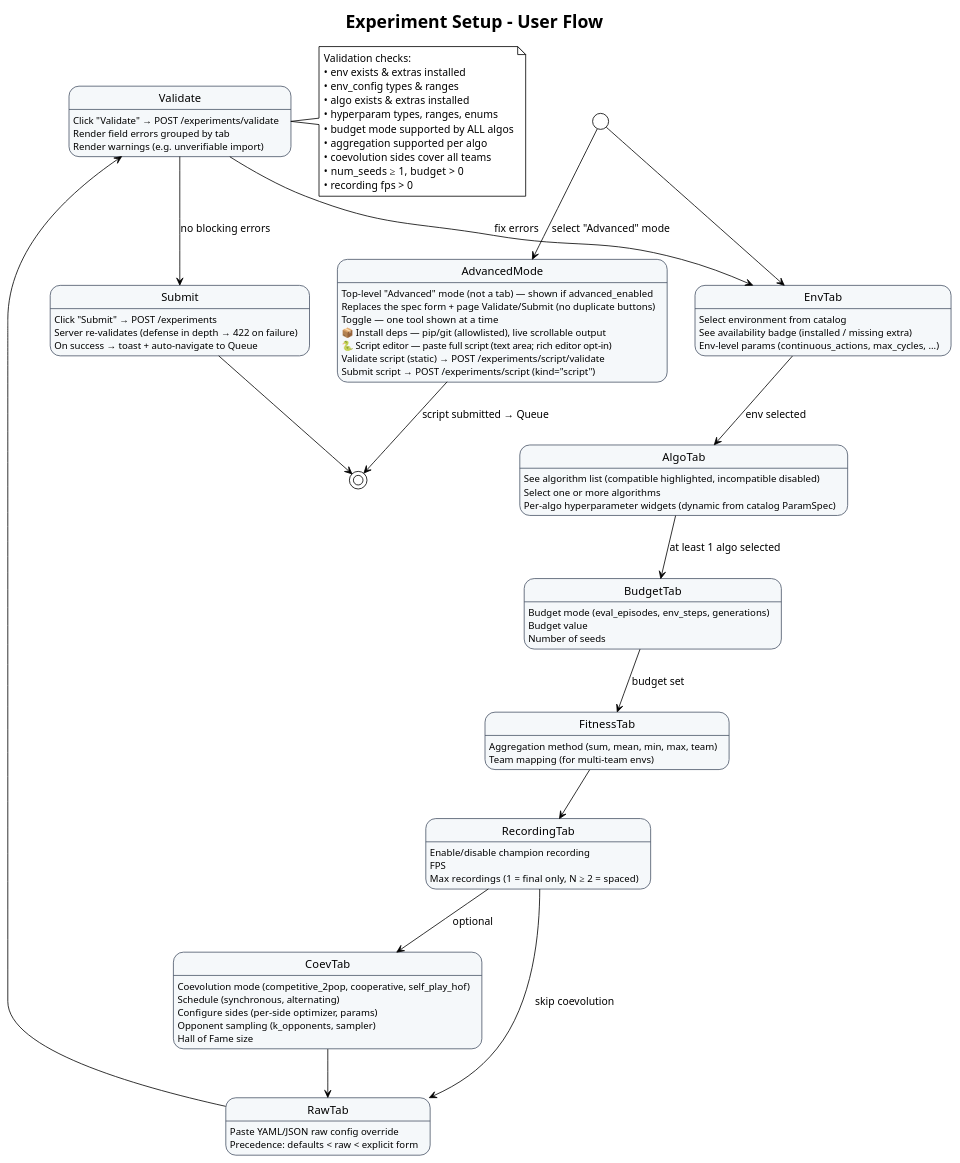
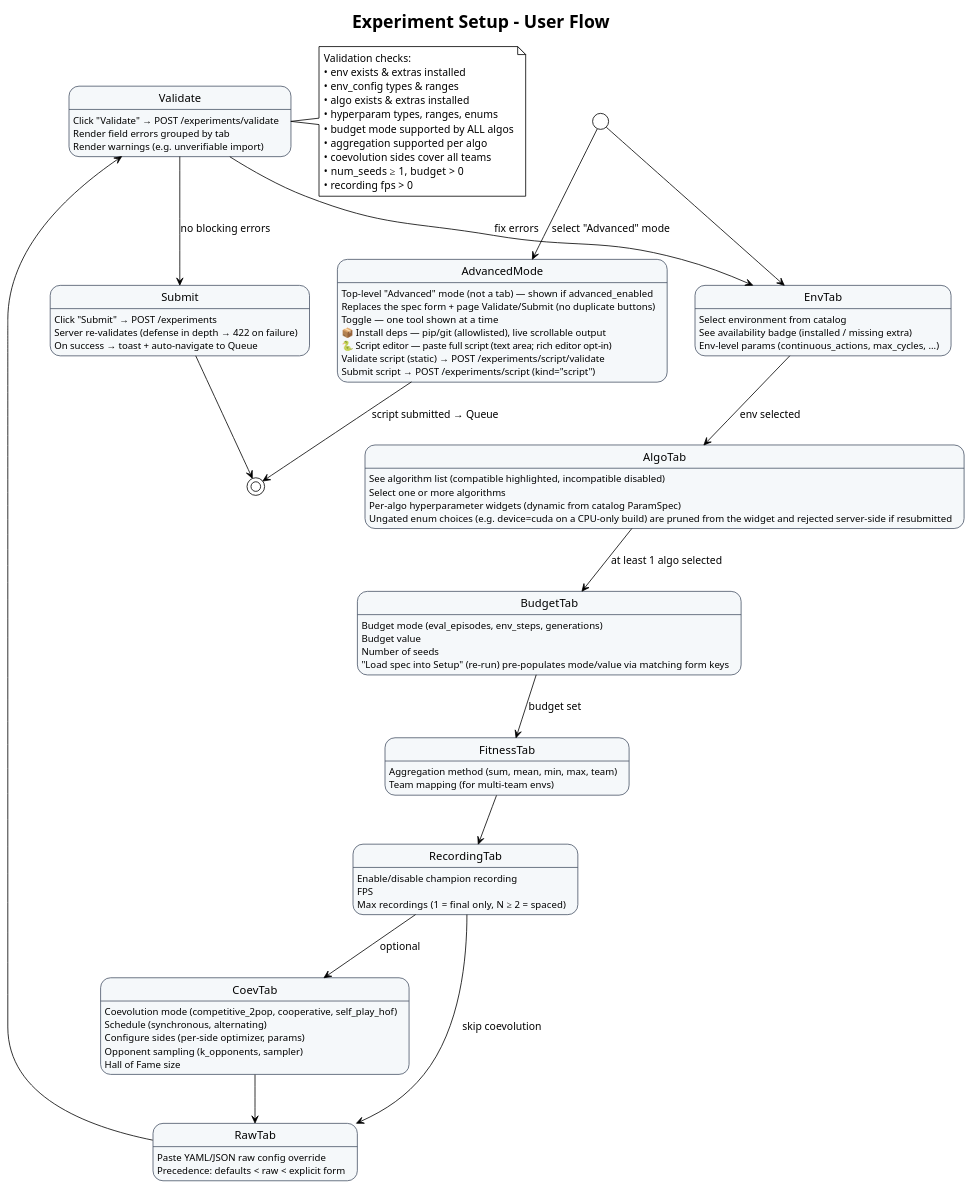
Before and after one commit to Alex180504/DEAP-Zoo-bridge: the diagram in docs/UML/user_flow_experiment_setup.puml, drawn with PlantUML. The commit also changed 11 other files, not shown here.

```diff
--- a/docs/UML/user_flow_experiment_setup.puml
+++ b/docs/UML/user_flow_experiment_setup.puml
@@ -1,112 +1,114 @@
 @startuml user_flow_experiment_setup
 !theme plain
 title Experiment Setup – User Flow
 
 skinparam state {
   BackgroundColor #F5F8FA
   BorderColor #4A5568
 }
 
 [*] --> EnvTab
 
 state EnvTab {
     EnvTab : Select environment from catalog
     EnvTab : See availability badge (installed / missing extra)
     EnvTab : Env-level params (continuous_actions, max_cycles, ...)
 }
 
 EnvTab --> AlgoTab : env selected
 
 state AlgoTab {
     AlgoTab : See algorithm list (compatible highlighted, incompatible disabled)
     AlgoTab : Select one or more algorithms
     AlgoTab : Per-algo hyperparameter widgets (dynamic from catalog ParamSpec)
+    AlgoTab : Ungated enum choices (e.g. device=cuda on a CPU-only build) are pruned from the widget and rejected server-side if resubmitted
 }
 
 AlgoTab --> BudgetTab : at least 1 algo selected
 
 state BudgetTab {
     BudgetTab : Budget mode (eval_episodes, env_steps, generations)
     BudgetTab : Budget value
     BudgetTab : Number of seeds
+    BudgetTab : "Load spec into Setup" (re-run) pre-populates mode/value via matching form keys
 }
 
 BudgetTab --> FitnessTab : budget set
 
 state FitnessTab {
     FitnessTab : Aggregation method (sum, mean, min, max, team)
     FitnessTab : Team mapping (for multi-team envs)
 }
 
 FitnessTab --> RecordingTab
 
 state RecordingTab {
     RecordingTab : Enable/disable champion recording
     RecordingTab : FPS
     RecordingTab : Max recordings (1 = final only, N ≥ 2 = spaced)
 }
 
 RecordingTab --> CoevTab : optional
 RecordingTab --> RawTab : skip coevolution
 
 state CoevTab {
     CoevTab : Coevolution mode (competitive_2pop, cooperative, self_play_hof)
     CoevTab : Schedule (synchronous, alternating)
     CoevTab : Configure sides (per-side optimizer, params)
     CoevTab : Opponent sampling (k_opponents, sampler)
     CoevTab : Hall of Fame size
 }
 
 CoevTab --> RawTab
 
 state RawTab {
     RawTab : Paste YAML/JSON raw config override
     RawTab : Precedence: defaults < raw < explicit form
 }
 
 RawTab --> Validate
 
 state AdvancedMode {
     AdvancedMode : Top-level "Advanced" mode (not a tab) — shown if advanced_enabled
     AdvancedMode : Replaces the spec form + page Validate/Submit (no duplicate buttons)
     AdvancedMode : Toggle — one tool shown at a time
     AdvancedMode : 📦 Install deps — pip/git (allowlisted), live scrollable output
     AdvancedMode : 🐍 Script editor — paste full script (text area; rich editor opt-in)
     AdvancedMode : Validate script (static) → POST /experiments/script/validate
     AdvancedMode : Submit script → POST /experiments/script (kind="script")
 }
 
 [*] --> AdvancedMode : select "Advanced" mode
 AdvancedMode --> [*] : script submitted → Queue
 
 state Validate {
     Validate : Click "Validate" → POST /experiments/validate
     Validate : Render field errors grouped by tab
     Validate : Render warnings (e.g. unverifiable import)
 }
 
 Validate --> Submit : no blocking errors
 Validate --> EnvTab : fix errors
 
 state Submit {
     Submit : Click "Submit" → POST /experiments
     Submit : Server re-validates (defense in depth → 422 on failure)
     Submit : On success → toast + auto-navigate to Queue
 }
 
 Submit --> [*]
 
 note right of Validate
   Validation checks:
   • env exists & extras installed
   • env_config types & ranges
   • algo exists & extras installed
   • hyperparam types, ranges, enums
   • budget mode supported by ALL algos
   • aggregation supported per algo
   • coevolution sides cover all teams
   • num_seeds ≥ 1, budget > 0
   • recording fps > 0
 end note
 
 @enduml
```
